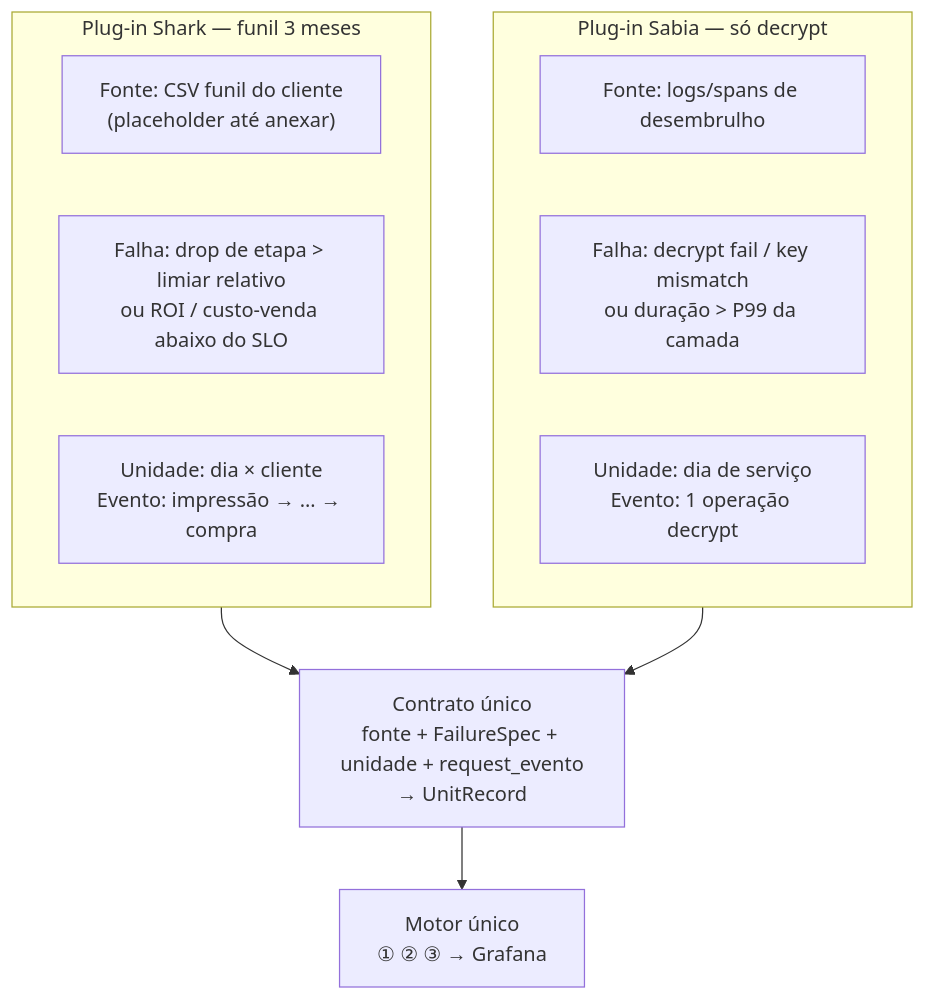
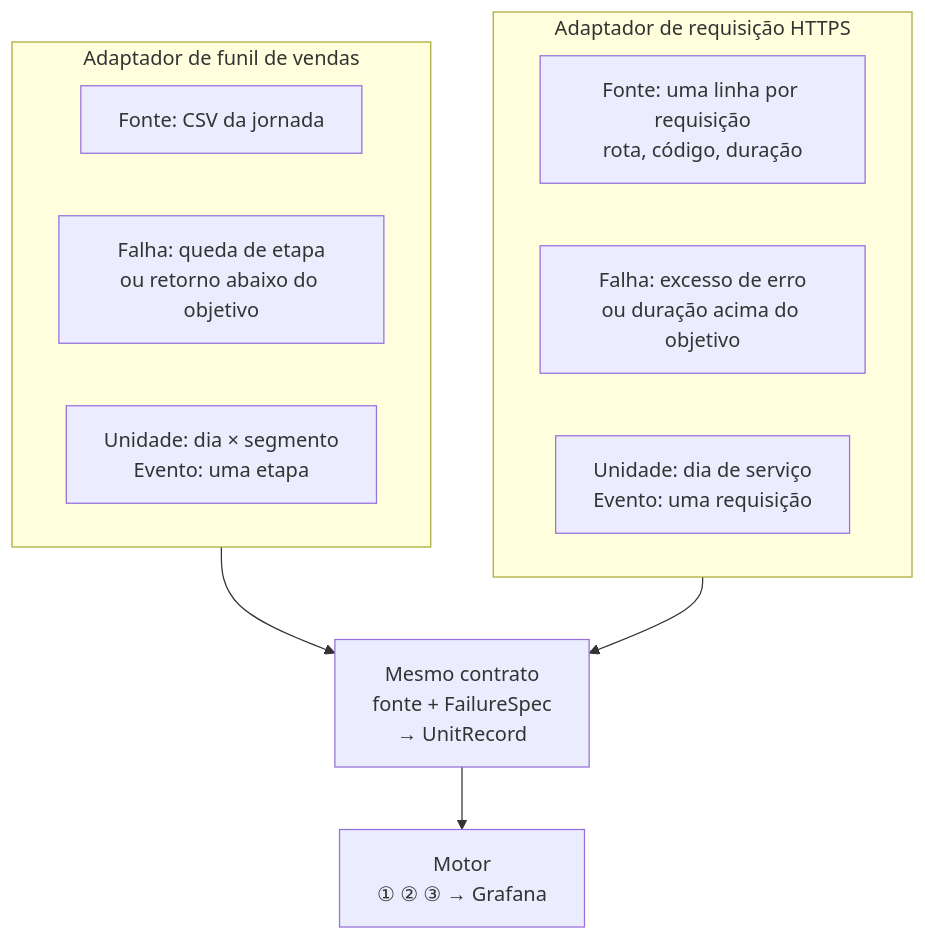
The second of 5 diagrams in docs/caixa-fechada-tp.md (FelippeVelosoMarinho/eee017-confiabilidade-http), drawn with Mermaid before and after one commit. The commit also changed other lines of this file and 3 other files, not shown here.

````diff
--- a/docs/caixa-fechada-tp.md
+++ b/docs/caixa-fechada-tp.md
@@ -66,20 +66,20 @@
 ```mermaid
 flowchart TB
-  CTR["Contrato único<br/>fonte + FailureSpec + unidade + request_evento<br/>→ UnitRecord"]
+  CTR["Mesmo contrato<br/>fonte + FailureSpec<br/>→ UnitRecord"]
 
-  subgraph Shark["Plug-in Shark — funil 3 meses"]
-    S1["Fonte: CSV funil do cliente<br/>(placeholder até anexar)"]
-    S2["Falha: drop de etapa > limiar relativo<br/>ou ROI / custo-venda abaixo do SLO"]
-    S3["Unidade: dia × cliente<br/>Evento: impressão → … → compra"]
+  subgraph Funil["Adaptador de funil de vendas"]
+    S1["Fonte: CSV da jornada"]
+    S2["Falha: queda de etapa<br/>ou retorno abaixo do objetivo"]
+    S3["Unidade: dia × segmento<br/>Evento: uma etapa"]
   end
 
-  subgraph Sabia["Plug-in Sabia — só decrypt"]
-    B1["Fonte: logs/spans de desembrulho"]
-    B2["Falha: decrypt fail / key mismatch<br/>ou duração > P99 da camada"]
-    B3["Unidade: dia de serviço<br/>Evento: 1 operação decrypt"]
+  subgraph Http["Adaptador de requisição HTTPS"]
+    B1["Fonte: uma linha por requisição<br/>rota, código, duração"]
+    B2["Falha: excesso de erro<br/>ou duração acima do objetivo"]
+    B3["Unidade: dia de serviço<br/>Evento: uma requisição"]
   end
 
-  Shark --> CTR
-  Sabia --> CTR
-  CTR --> MOTOR["Motor único<br/>① ② ③ → Grafana"]
+  Funil --> CTR
+  Http --> CTR
+  CTR --> MOTOR["Motor<br/>① ② ③ → Grafana"]
 ```
````
